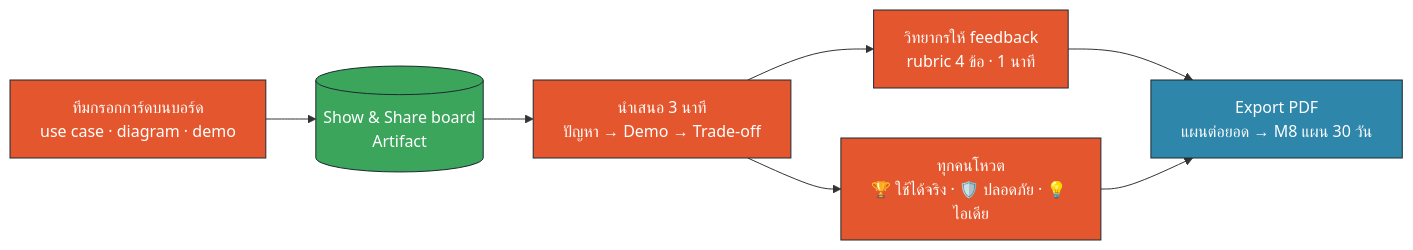
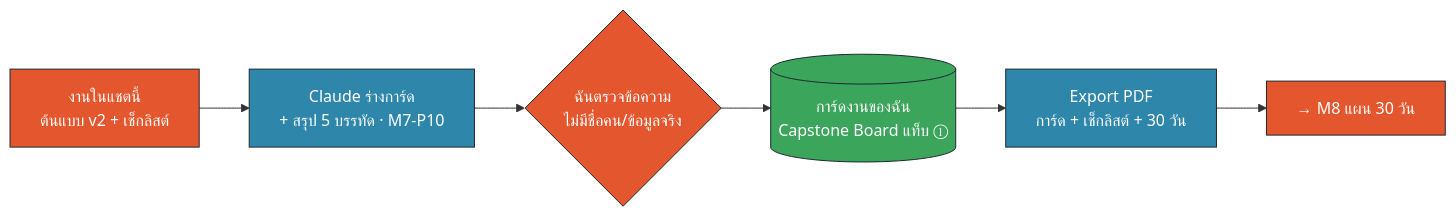
Before and after one commit to batprem/banpu-claude-course: the tenth of 10 diagrams in materials/m7/workshop.md, drawn with Mermaid. The commit also changed other lines of this file and 50 other files, not shown here.

````diff
--- a/materials/m7/workshop.md
+++ b/materials/m7/workshop.md
@@ -395,12 +405,11 @@
 ```mermaid
 flowchart LR
-    TM["ทีมกรอกการ์ดบนบอร์ด<br/>use case · diagram · demo"]:::human --> BD[("Show & Share board<br/>Artifact")]:::data
-    BD --> PR["นำเสนอ 3 นาที<br/>ปัญหา → Demo → Trade-off"]:::human
-    PR --> FB["วิทยากรให้ feedback<br/>rubric 4 ข้อ · 1 นาที"]:::human
-    PR --> VT["ทุกคนโหวต<br/>🏆 ใช้ได้จริง · 🛡️ ปลอดภัย · 💡 ไอเดีย"]:::human
-    FB --> PDF["Export PDF<br/>แผนต่อยอด → M8 แผน 30 วัน"]:::ai
-    VT --> PDF
+    W["งานในแชตนี้<br/>ต้นแบบ v2 + เช็กลิสต์"]:::human --> P10["Claude ร่างการ์ด<br/>+ สรุป 5 บรรทัด · M7-P10"]:::ai
+    P10 --> ME{"ฉันตรวจข้อความ<br/>ไม่มีชื่อคน/ข้อมูลจริง"}:::human
+    ME --> BD[("การ์ดงานของฉัน<br/>Capstone Board แท็บ ①")]:::data
+    BD --> PDF["Export PDF<br/>การ์ด + เช็กลิสต์ + 30 วัน"]:::ai
+    PDF --> M8["→ M8 แผน 30 วัน"]:::human
     classDef human fill:#E4572E,color:#fff,stroke:#1F2933;
     classDef ai fill:#2E86AB,color:#fff,stroke:#1F2933;
     classDef data fill:#3BA55C,color:#fff,stroke:#1F2933;
 ```
````
